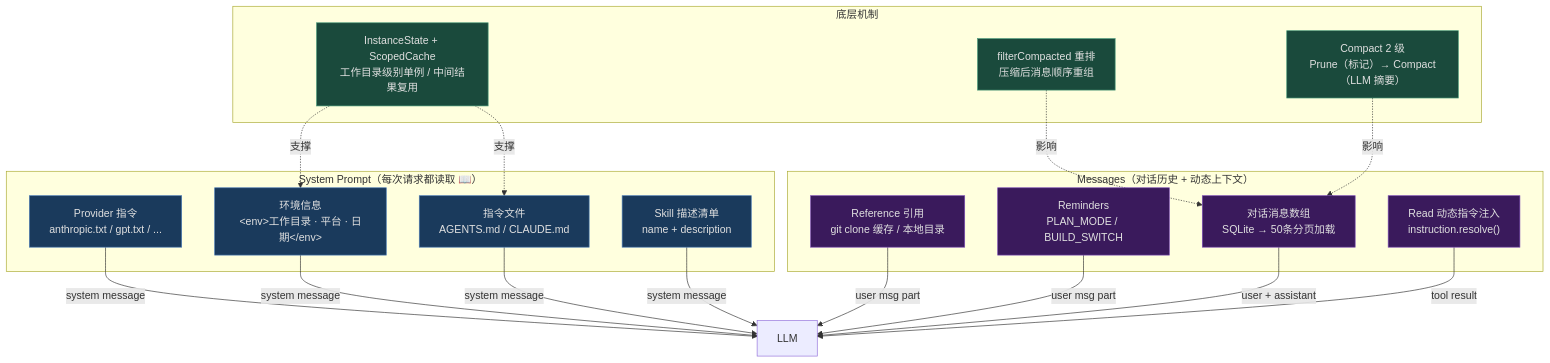
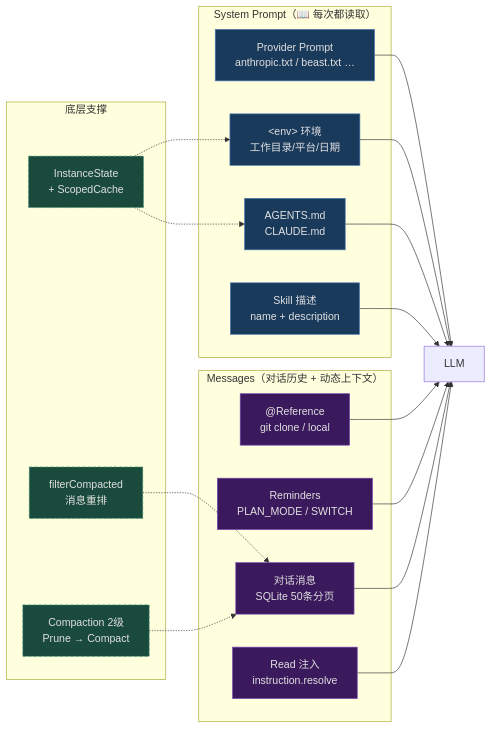
Before and after one commit to Shakl0ne/agentsrc: the diagram in opencode/06-context.md, drawn with Mermaid. The commit also changed other lines of this file and 24 other files, not shown here.

````diff
--- a/opencode/06-context.md
+++ b/opencode/06-context.md
@@ -506,39 +35,32 @@
 ```mermaid
-flowchart TB
+flowchart LR
     classDef prompt fill:#1a3a5c,color:#e0e0e0,stroke:#4a7ab5
     classDef msg fill:#3a1a5c,color:#e0e0e0,stroke:#7a4ab5
-    classDef runtime fill:#1a4a3c,color:#e0e0e0,stroke:#4a9a7a
+    classDef runtime fill:#1a4a3c,color:#e0e0e0,stroke:#4a9a7a,stroke-dasharray:5 3
 
-    subgraph "System Prompt（每次请求都读取 📖）"
-        SP1["Provider 指令<br/>anthropic.txt / gpt.txt / ..."]:::prompt
-        SP2["环境信息<br/>&lt;env&gt;工作目录 · 平台 · 日期&lt;/env&gt;"]:::prompt
-        SP3["指令文件<br/>AGENTS.md / CLAUDE.md"]:::prompt
-        SP4["Skill 描述清单<br/>name + description"]:::prompt
+    subgraph A["System Prompt（📖 每次都读取）"]
+        SP1["Provider Prompt<br/>anthropic.txt / beast.txt …"]:::prompt
+        SP2["&lt;env&gt; 环境<br/>工作目录/平台/日期"]:::prompt
+        SP3["AGENTS.md<br/>CLAUDE.md"]:::prompt
+        SP4["Skill 描述<br/>name + description"]:::prompt
     end
 
-    subgraph "Messages（对话历史 + 动态上下文）"
-        M1["Reference 引用<br/>git clone 缓存 / 本地目录"]:::msg
-        M2["Reminders<br/>PLAN_MODE / BUILD_SWITCH"]:::msg
-        M3["对话消息数组<br/>SQLite → 50条分页加载"]:::msg
-        M4["Read 动态指令注入<br/>instruction.resolve()"]:::msg
+    subgraph B["Messages（对话历史 + 动态上下文）"]
+        M1["@Reference<br/>git clone / local"]:::msg
+        M2["Reminders<br/>PLAN_MODE / SWITCH"]:::msg
+        M3["对话消息<br/>SQLite 50条分页"]:::msg
+        M4["Read 注入<br/>instruction.resolve"]:::msg
     end
 
-    subgraph "底层机制"
-        B1["InstanceState + ScopedCache<br/>工作目录级别单例 / 中间结果复用"]:::runtime
-        B2["filterCompacted 重排<br/>压缩后消息顺序重组"]:::runtime
-        B3["Compact 2 级<br/>Prune（标记）→ Compact（LLM 摘要）"]:::runtime
+    subgraph C["底层支撑"]
+        B1["InstanceState<br/>+ ScopedCache"]:::runtime
+        B2["filterCompacted<br/>消息重排"]:::runtime
+        B3["Compaction 2级<br/>Prune → Compact"]:::runtime
     end
 
-    SP1 --> |system message| LLM["LLM"]
-    SP2 --> |system message| LLM
-    SP3 --> |system message| LLM
-    SP4 --> |system message| LLM
-    M1 --> |user msg part| LLM
-    M2 --> |user msg part| LLM
-    M3 --> |user + assistant| LLM
-    M4 --> |tool result| LLM
-    B2 -.-> |影响| M3
-    B3 -.-> |影响| M3
-    B1 -.-> |支撑| SP2
-    B1 -.-> |支撑| SP3
+    SP1 & SP2 & SP3 & SP4 --> LLM["LLM"]
+    M1 & M2 & M3 & M4 --> LLM
+    B2 -.-> M3
+    B3 -.-> M3
+    B1 -.-> SP2 & SP3
 ```
````
